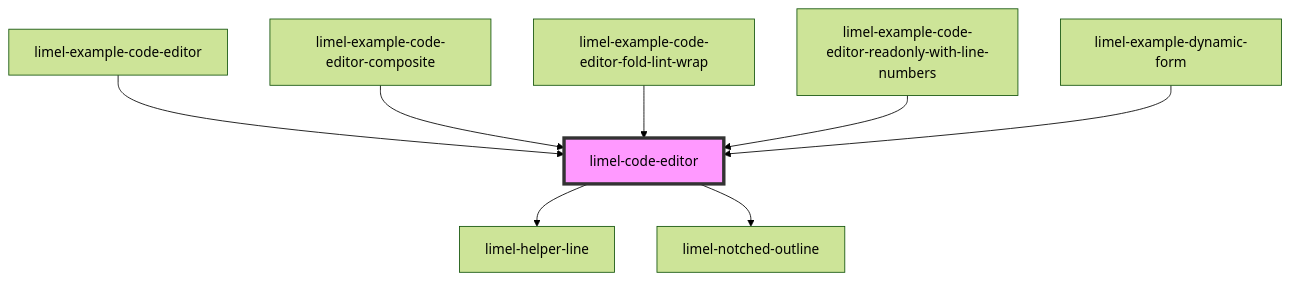
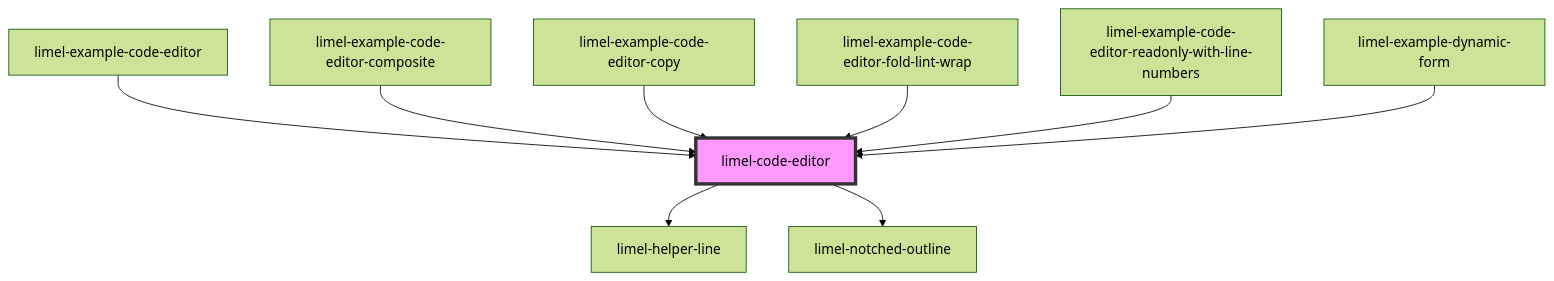
Before and after one commit to Lundalogik/lime-elements: the diagram in versions/PR-3788/markdown-docs/components/code-editor/readme.md, drawn with Mermaid (forest theme). The commit also changed other lines of this file and 205 other files, not shown here.

````diff
--- a/versions/PR-3788/markdown-docs/components/code-editor/readme.md
+++ b/versions/PR-3788/markdown-docs/components/code-editor/readme.md
@@ -51,11 +53,12 @@
 ```mermaid
 graph TD;
   limel-code-editor --> limel-helper-line
   limel-code-editor --> limel-notched-outline
   limel-example-code-editor --> limel-code-editor
   limel-example-code-editor-composite --> limel-code-editor
+  limel-example-code-editor-copy --> limel-code-editor
   limel-example-code-editor-fold-lint-wrap --> limel-code-editor
   limel-example-code-editor-readonly-with-line-numbers --> limel-code-editor
   limel-example-dynamic-form --> limel-code-editor
   style limel-code-editor fill:#f9f,stroke:#333,stroke-width:4px
 ```
````
